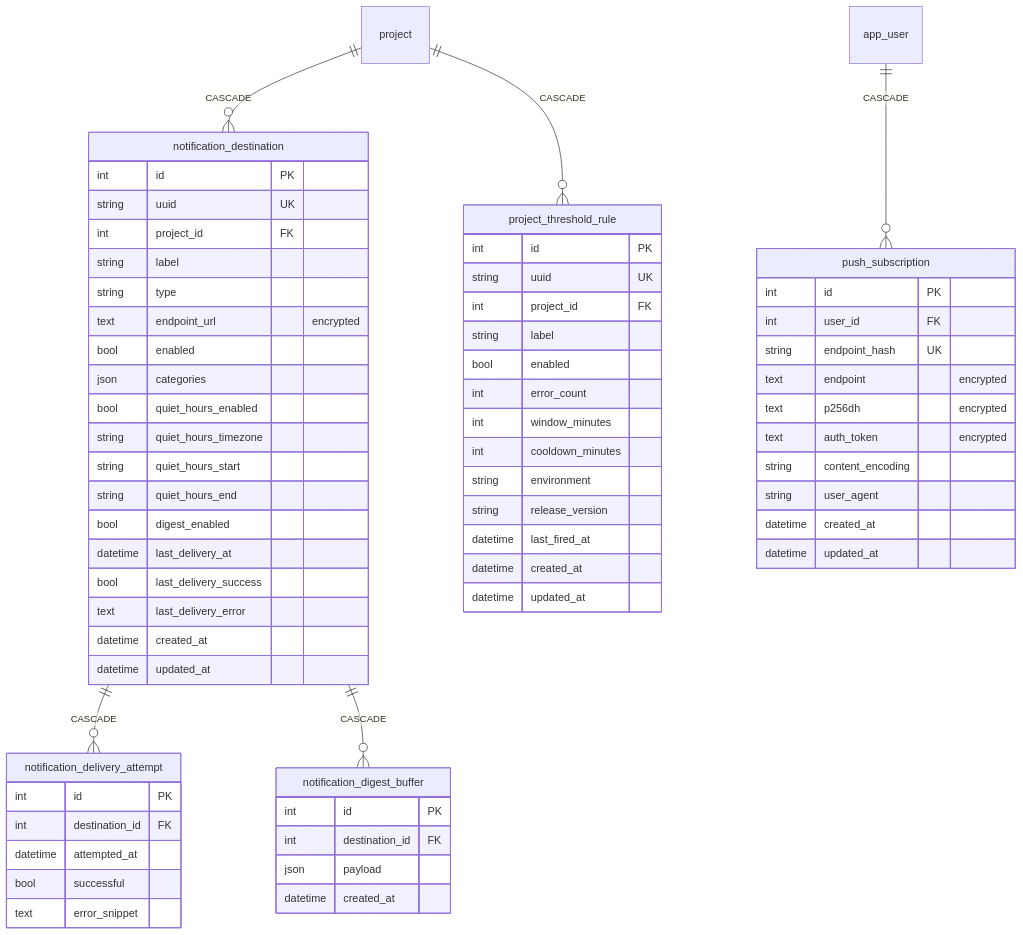
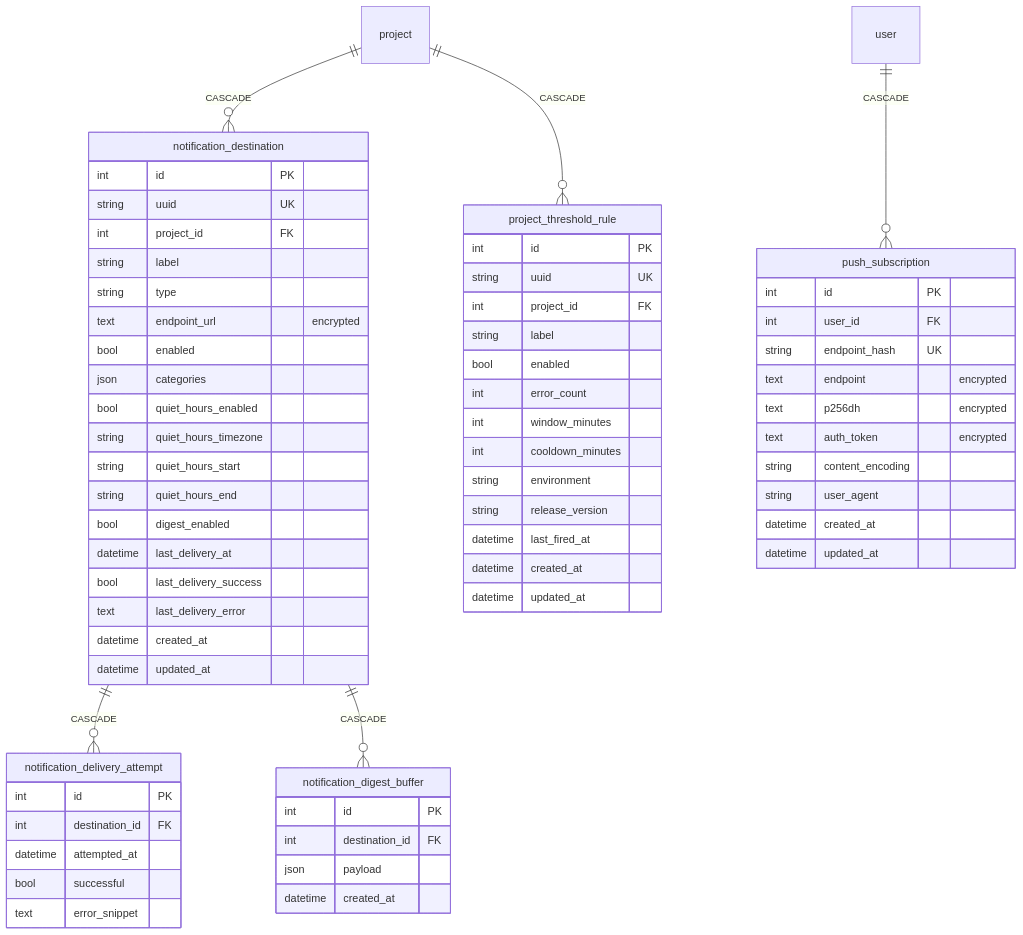
The sixth of 7 diagrams in docs/dev/DATABASE.md (nowo-tech/symfony-beacon), drawn with Mermaid before and after one commit. The commit also changed other lines of this file and 43 other files, not shown here.

````diff
--- a/docs/dev/DATABASE.md
+++ b/docs/dev/DATABASE.md
@@ -348,73 +348,73 @@
 ```mermaid
 erDiagram
     notification_destination {
         int id PK
         string uuid UK
         int project_id FK
         string label
         string type
         text endpoint_url "encrypted"
         bool enabled
         json categories
         bool quiet_hours_enabled
         string quiet_hours_timezone
         string quiet_hours_start
         string quiet_hours_end
         bool digest_enabled
         datetime last_delivery_at
         bool last_delivery_success
         text last_delivery_error
         datetime created_at
         datetime updated_at
     }
 
     notification_delivery_attempt {
         int id PK
         int destination_id FK
         datetime attempted_at
         bool successful
         text error_snippet
     }
 
     notification_digest_buffer {
         int id PK
         int destination_id FK
         json payload
         datetime created_at
     }
 
     project_threshold_rule {
         int id PK
         string uuid UK
         int project_id FK
         string label
         bool enabled
         int error_count
         int window_minutes
         int cooldown_minutes
         string environment
         string release_version
         datetime last_fired_at
         datetime created_at
         datetime updated_at
     }
 
     push_subscription {
         int id PK
         int user_id FK
         string endpoint_hash UK
         text endpoint "encrypted"
         text p256dh "encrypted"
         text auth_token "encrypted"
         string content_encoding
         string user_agent
         datetime created_at
         datetime updated_at
     }
 
     project ||--o{ notification_destination : CASCADE
     project ||--o{ project_threshold_rule : CASCADE
     notification_destination ||--o{ notification_delivery_attempt : CASCADE
     notification_destination ||--o{ notification_digest_buffer : CASCADE
-    app_user ||--o{ push_subscription : CASCADE
+    user ||--o{ push_subscription : CASCADE
 ```
````
